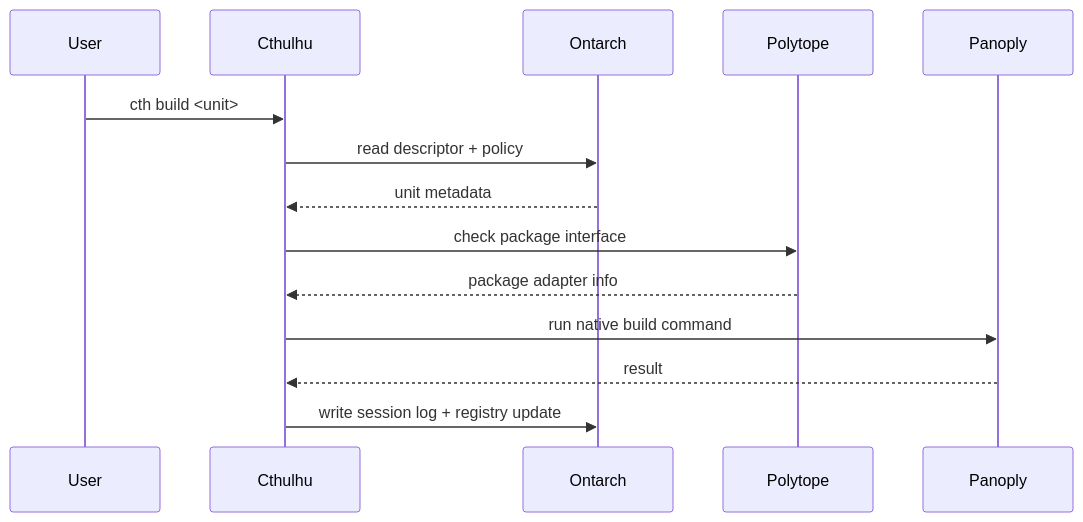
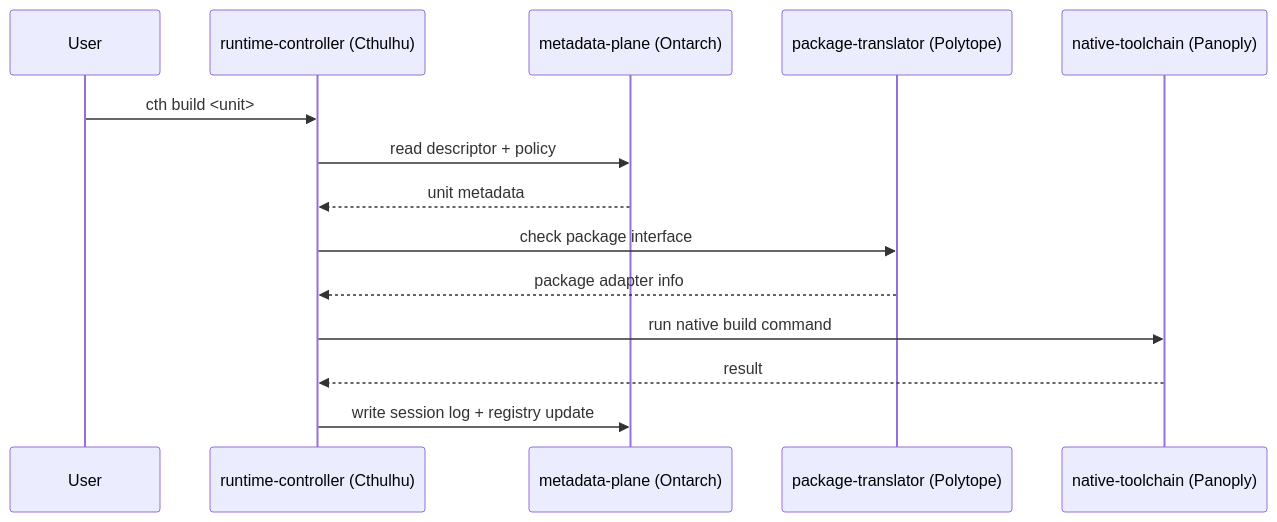
One commit to luckgrid/wfos changed the second of 2 diagrams in docs/runtime-controller.md. Above: the diagram before and after it, drawn with Mermaid. The commit also changed other lines of this file and 26 other files, not shown here.

````diff
--- a/docs/runtime-controller.md
+++ b/docs/runtime-controller.md
@@ -89,16 +90,16 @@
 ```mermaid
 sequenceDiagram
   participant U as User
-  participant K as Cthulhu
-  participant C as Ontarch
-  participant H as Polytope
-  participant D as Panoply
+  participant K as runtime-controller (Cthulhu)
+  participant C as metadata-plane (Ontarch)
+  participant H as package-translator (Polytope)
+  participant D as native-toolchain (Panoply)
   U->>K: cth build <unit>
   K->>C: read descriptor + policy
   C-->>K: unit metadata
   K->>H: check package interface
   H-->>K: package adapter info
   K->>D: run native build command
   D-->>K: result
   K->>C: write session log + registry update
 ```
````
